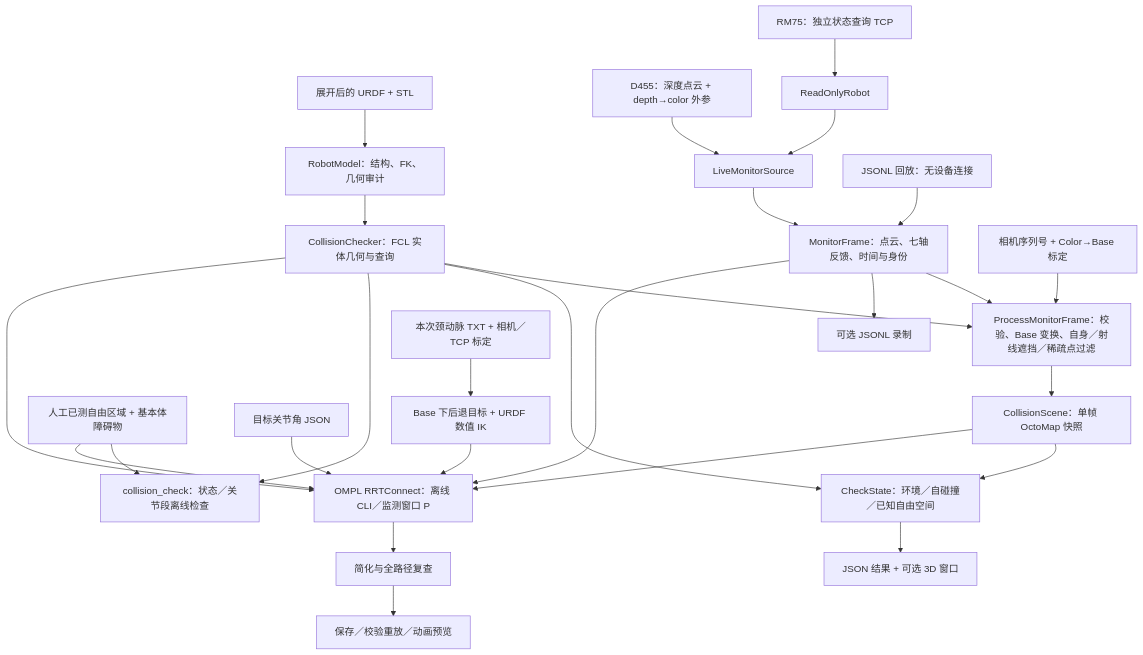
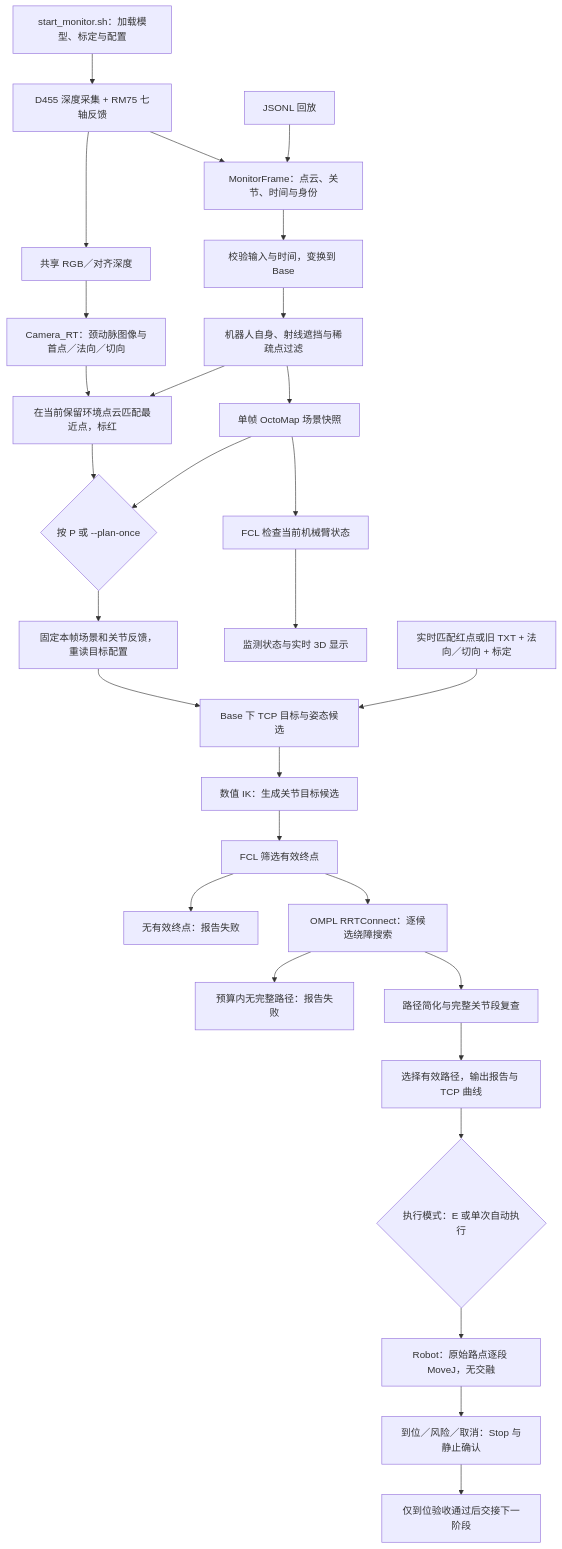
One commit to Sadstrawberrysc/cair-arm changed the diagram in infer/Collision/ARCHITECTURE.md. Above: the diagram before and after it, drawn with Mermaid. The commit also changed other lines of this file and 88 other files, not shown here.

````diff
--- a/infer/Collision/ARCHITECTURE.md
+++ b/infer/Collision/ARCHITECTURE.md
@@ -72,29 +30,31 @@
 ```mermaid
 flowchart TD
-    URDF["展开后的 URDF + STL"] --> MODEL["RobotModel：结构、FK、几何审计"]
-    MODEL --> CHECK["CollisionChecker：FCL 实体几何与查询"]
-    CAMERA["D455：深度点云 + depth→color 外参"] --> LIVE["LiveMonitorSource"]
-    ARM["RM75：独立状态查询 TCP"] --> READ["ReadOnlyRobot"]
-    READ --> LIVE
-    LIVE --> FRAME["MonitorFrame：点云、七轴反馈、时间与身份"]
-    REPLAY["JSONL 回放：无设备连接"] --> FRAME
-    FRAME --> PROCESS["ProcessMonitorFrame：校验、Base 变换、自身／射线遮挡／稀疏点过滤"]
-    CALIB["相机序列号 + Color→Base 标定"] --> PROCESS
-    CHECK --> PROCESS
-    PROCESS --> SCENE["CollisionScene：单帧 OctoMap 快照"]
-    SCENE --> STATE["CheckState：环境／自碰撞／已知自由空间"]
-    CHECK --> STATE
-    STATE --> OUTPUT["JSON 结果 + 可选 3D 窗口"]
-    FRAME --> RECORD["可选 JSONL 录制"]
-    MANUAL["人工已测自由区域 + 基本体障碍物"] --> CLI["collision_check：状态／关节段离线检查"]
-    CHECK --> CLI
-    MANUAL --> PLAN["OMPL RRTConnect：离线 CLI／监测窗口 P"]
-    CHECK --> PLAN
-    SCENE --> PLAN
-    FRAME --> PLAN
-    GOAL["目标关节角 JSON"] --> PLAN
-    ARTERY["本次颈动脉 TXT + 相机／TCP 标定"] --> TCP["Base 下后退目标 + URDF 数值 IK"]
-    TCP --> PLAN
-    PLAN --> VERIFY["简化与全路径复查"]
-    VERIFY --> PREVIEW["保存／校验重放／动画预览"]
+    START["start_monitor.sh：加载模型、标定与配置"] --> SOURCE["D455 深度采集 + RM75 七轴反馈"]
+    REPLAY["JSONL 回放"] --> FRAME["MonitorFrame：点云、关节、时间与身份"]
+    SOURCE --> FRAME
+    SOURCE --> RGB["共享 RGB／对齐深度"]
+    RGB --> VISION["Camera_RT：颈动脉图像与首点／法向／切向"]
+    VISION --> MATCH["在当前保留环境点云匹配最近点，标红"]
+    FRAME --> VALID["校验输入与时间，变换到 Base"]
+    VALID --> FILTER["机器人自身、射线遮挡与稀疏点过滤"]
+    FILTER --> SCENE["单帧 OctoMap 场景快照"]
+    SCENE --> MONITOR["FCL 检查当前机械臂状态"]
+    MONITOR --> DISPLAY["监测状态与实时 3D 显示"]
+    SCENE --> TRIGGER{"按 P 或 --plan-once"}
+    FILTER --> MATCH
+    MATCH --> TRIGGER
+    TRIGGER --> FREEZE["固定本帧场景和关节反馈，重读目标配置"]
+    TARGET["实时匹配红点或旧 TXT + 法向／切向 + 标定"] --> TCP["Base 下 TCP 目标与姿态候选"]
+    FREEZE --> TCP
+    TCP --> IK["数值 IK：生成关节目标候选"]
+    IK --> GOAL["FCL 筛选有效终点"]
+    GOAL --> SEARCH["OMPL RRTConnect：逐候选绕障搜索"]
+    SEARCH --> VERIFY["路径简化与完整关节段复查"]
+    VERIFY --> RESULT["选择有效路径，输出报告与 TCP 曲线"]
+    RESULT --> ENABLE{"执行模式：E 或单次自动执行"}
+    ENABLE --> EXEC["Robot：原始路点逐段 MoveJ，无交融"]
+    EXEC --> STOP["到位／风险／取消：Stop 与静止确认"]
+    STOP --> HANDOFF["仅到位验收通过后交接下一阶段"]
+    GOAL --> FAILURE["无有效终点：报告失败"]
+    SEARCH --> FAILURE2["预算内无完整路径：报告失败"]
 ```
````
